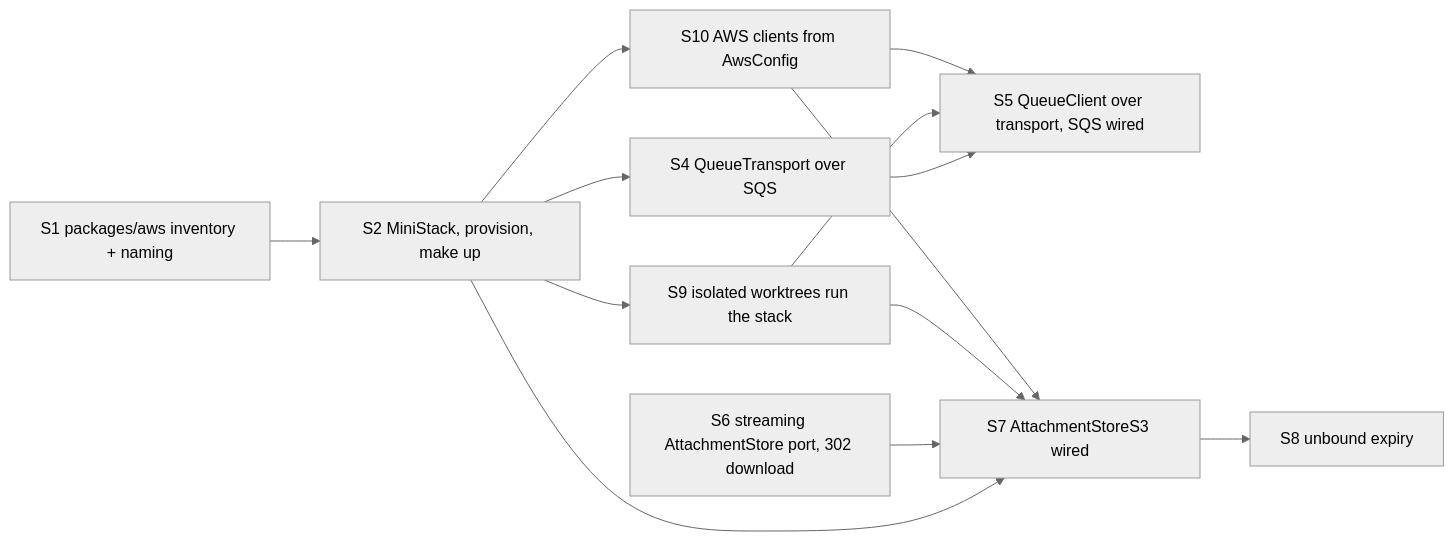
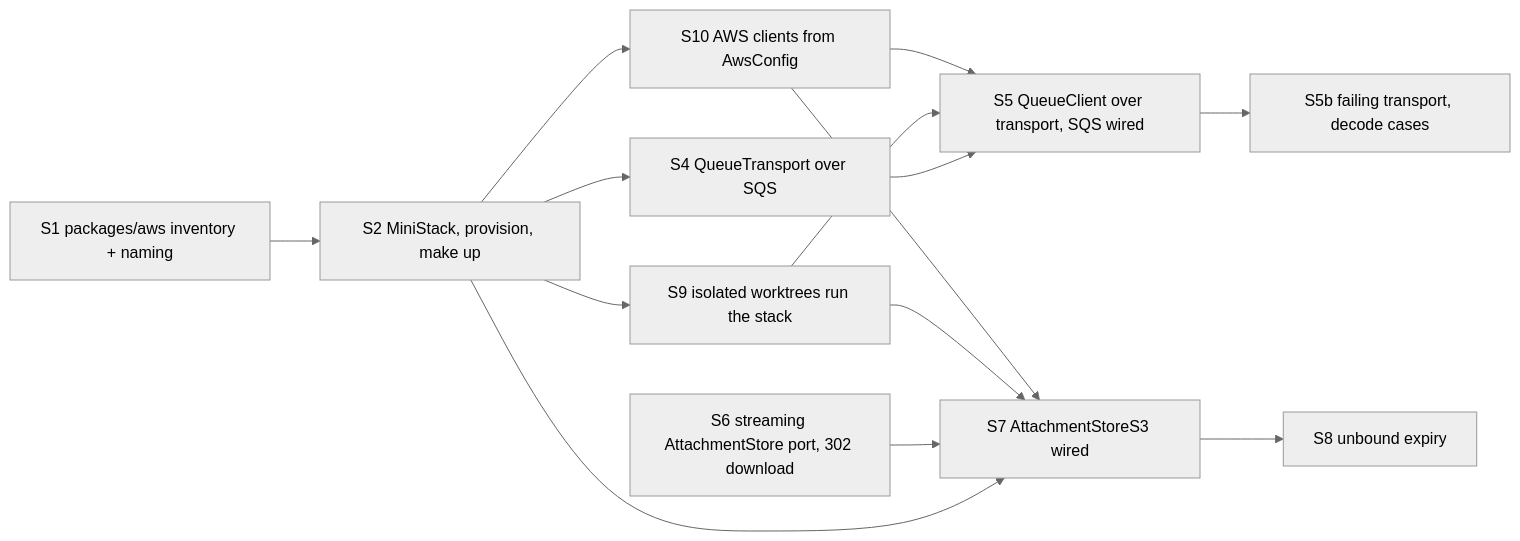
Before and after one commit to khotei/app-template: the diagram in docs/tickets/2026-10-19-1448_aws-local/plan.md, drawn with Mermaid (neutral theme). The commit also changed other lines of this file and 5 other files, not shown here.

````diff
--- a/docs/tickets/2026-10-19-1448_aws-local/plan.md
+++ b/docs/tickets/2026-10-19-1448_aws-local/plan.md
@@ -32,16 +32,17 @@
 ```mermaid
 graph LR
   S1[S1 packages/aws inventory + naming] --> S2[S2 MiniStack, provision, make up]
   S2 --> S4[S4 QueueTransport over SQS]
   S4 --> S5[S5 QueueClient over transport, SQS wired]
+  S5 --> S5b[S5b failing transport, decode cases]
   S6[S6 streaming AttachmentStore port, 302 download]
   S2 --> S7[S7 AttachmentStoreS3 wired]
   S6 --> S7
   S7 --> S8[S8 unbound expiry]
   S2 --> S9[S9 isolated worktrees run the stack]
   S2 --> S10[S10 AWS clients from AwsConfig]
   S9 --> S5
   S9 --> S7
   S10 --> S5
   S10 --> S7
 ```
````
